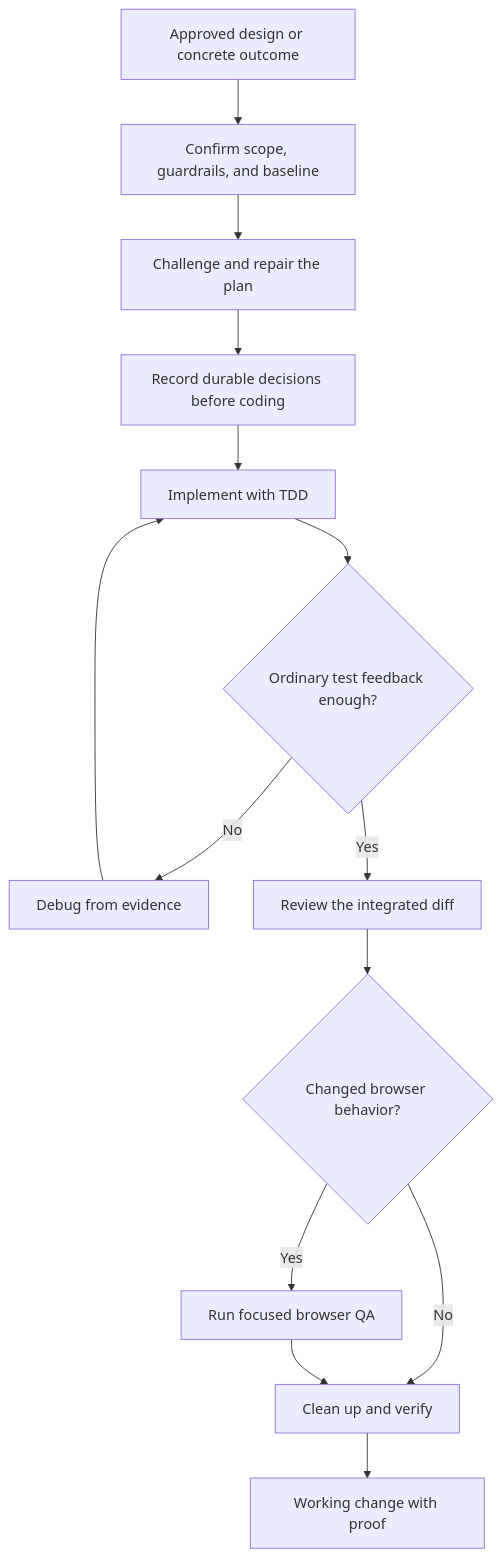
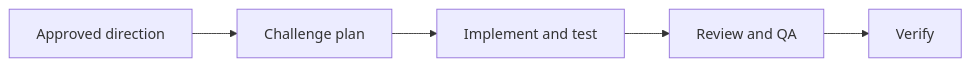
One commit to vltansky/vs changed the third of 4 diagrams in README.md. Above: the diagram before and after it, drawn with Mermaid. The commit also changed other lines of this file, not shown here.

````diff
--- a/README.md
+++ b/README.md
@@ -60,16 +31,5 @@
 ```mermaid
-flowchart TD
-    I[Approved design or concrete outcome] --> S[Confirm scope, guardrails, and baseline]
-    S --> P[Challenge and repair the plan]
-    P --> A[Record durable decisions before coding]
-    A --> E[Implement with TDD]
-    E --> D{Ordinary test feedback enough?}
-    D -- No --> G[Debug from evidence]
-    G --> E
-    D -- Yes --> R[Review the integrated diff]
-    R --> Q{Changed browser behavior?}
-    Q -- Yes --> B[Run focused browser QA]
-    Q -- No --> V[Clean up and verify]
-    B --> V
-    V --> O[Working change with proof]
+flowchart LR
+    I[Approved direction] --> P[Challenge plan] --> E[Implement and test]
+    E --> R[Review and QA] --> V[Verify]
 ```
````
